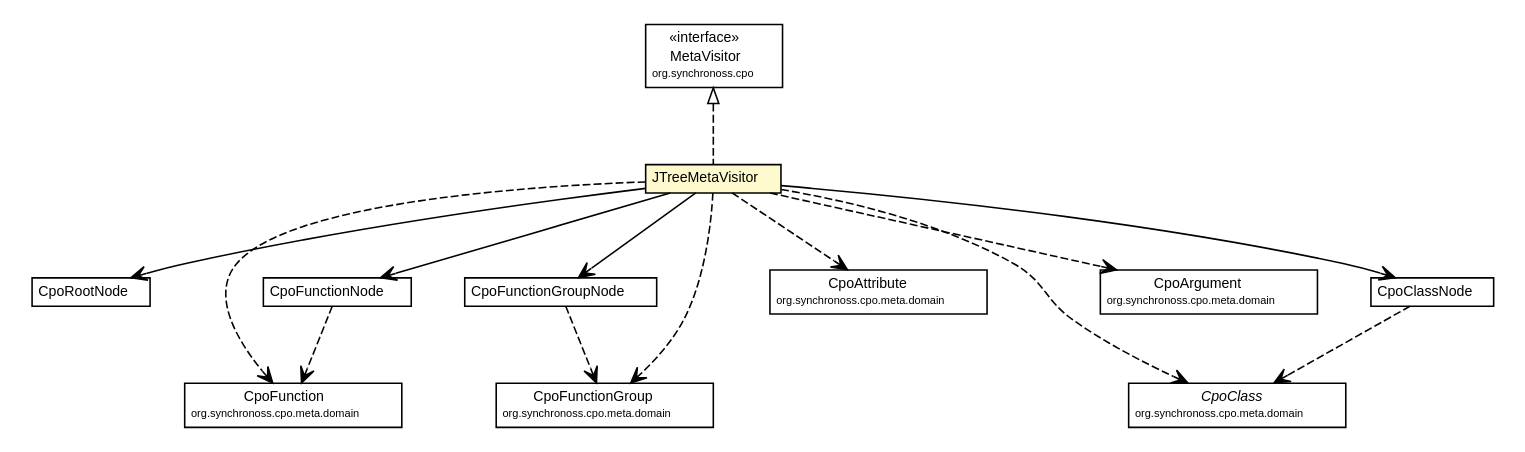
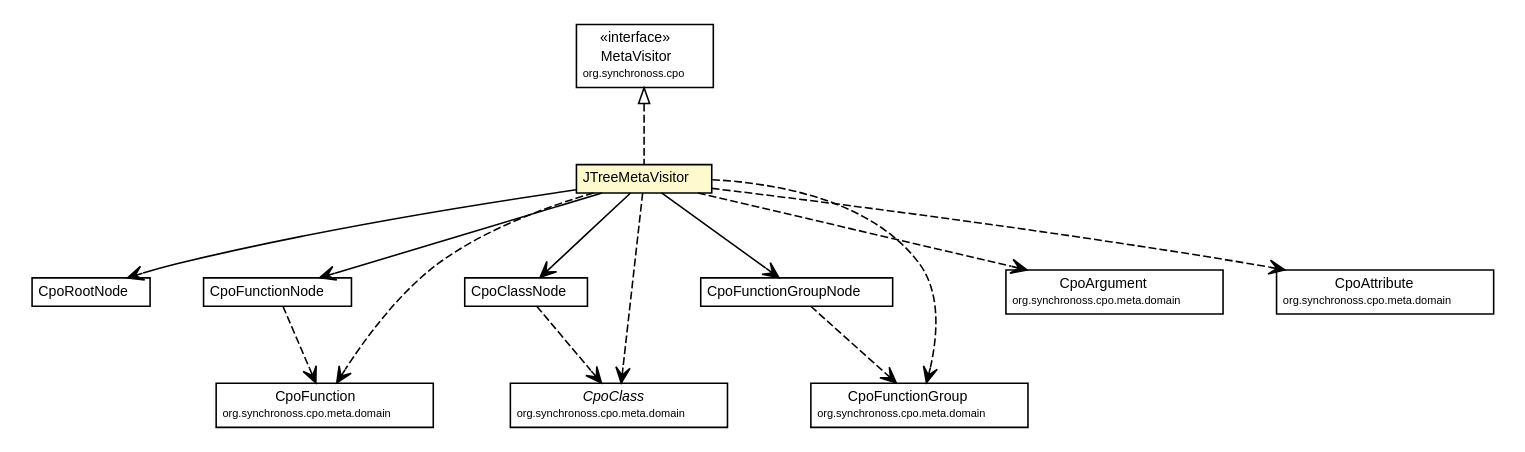
Before and after one commit to synchronoss/cpo-util: the diagram in site/apidocs/org/synchronoss/cpo/util/JTreeMetaVisitor.dot, drawn with Graphviz. The commit also changed 307 other files, not shown here.

Commit message:
Creating site for cpoUtil, 5.1.1-SNAPSHOT

```diff
--- a/site/apidocs/org/synchronoss/cpo/util/JTreeMetaVisitor.dot
+++ b/site/apidocs/org/synchronoss/cpo/util/JTreeMetaVisitor.dot
@@ -1,109 +1,109 @@
 #!/usr/local/bin/dot
 #
 # Class diagram 
 # Generated by UmlGraph version 4.6 (http://www.spinellis.gr/sw/umlgraph)
 #
 
 digraph G {
 	edge [fontname="Helvetica",fontsize=10,labelfontname="Helvetica",labelfontsize=10];
 	node [fontname="Helvetica",fontsize=10,shape=plaintext];
 	// org.synchronoss.cpo.util.JTreeMetaVisitor
 	c1707 [label=<<table border="0" cellborder="1" cellspacing="0" cellpadding="2" port="p" bgcolor="lemonChiffon" href="./JTreeMetaVisitor.html">
 		<tr><td><table border="0" cellspacing="0" cellpadding="1">
 			<tr><td> JTreeMetaVisitor </td></tr>
 		</table></td></tr>
 		</table>>, fontname="Helvetica", fontcolor="black", fontsize=9.0];
 	// org.synchronoss.cpo.util.CpoRootNode
 	c1715 [label=<<table border="0" cellborder="1" cellspacing="0" cellpadding="2" port="p" href="./CpoRootNode.html">
 		<tr><td><table border="0" cellspacing="0" cellpadding="1">
 			<tr><td> CpoRootNode </td></tr>
 		</table></td></tr>
 		</table>>, fontname="Helvetica", fontcolor="black", fontsize=9.0];
 	// org.synchronoss.cpo.util.CpoFunctionNode
 	c1721 [label=<<table border="0" cellborder="1" cellspacing="0" cellpadding="2" port="p" href="./CpoFunctionNode.html">
 		<tr><td><table border="0" cellspacing="0" cellpadding="1">
 			<tr><td> CpoFunctionNode </td></tr>
 		</table></td></tr>
 		</table>>, fontname="Helvetica", fontcolor="black", fontsize=9.0];
 	// org.synchronoss.cpo.util.CpoClassNode
 	c1723 [label=<<table border="0" cellborder="1" cellspacing="0" cellpadding="2" port="p" href="./CpoClassNode.html">
 		<tr><td><table border="0" cellspacing="0" cellpadding="1">
 			<tr><td> CpoClassNode </td></tr>
 		</table></td></tr>
 		</table>>, fontname="Helvetica", fontcolor="black", fontsize=9.0];
 	// org.synchronoss.cpo.util.CpoFunctionGroupNode
 	c1728 [label=<<table border="0" cellborder="1" cellspacing="0" cellpadding="2" port="p" href="./CpoFunctionGroupNode.html">
 		<tr><td><table border="0" cellspacing="0" cellpadding="1">
 			<tr><td> CpoFunctionGroupNode </td></tr>
 		</table></td></tr>
 		</table>>, fontname="Helvetica", fontcolor="black", fontsize=9.0];
 	//org.synchronoss.cpo.util.JTreeMetaVisitor implements org.synchronoss.cpo.MetaVisitor
 	c1764:p -> c1707:p [dir=back,arrowtail=empty,style=dashed];
 	// org.synchronoss.cpo.util.JTreeMetaVisitor NAVASSOC org.synchronoss.cpo.util.CpoRootNode
 	c1707:p -> c1715:p [taillabel="", label="", headlabel="", fontname="Helvetica", fontcolor="black", fontsize=10.0, color="black", arrowhead=open];
 	// org.synchronoss.cpo.util.JTreeMetaVisitor NAVASSOC org.synchronoss.cpo.util.CpoClassNode
 	c1707:p -> c1723:p [taillabel="", label="", headlabel="", fontname="Helvetica", fontcolor="black", fontsize=10.0, color="black", arrowhead=open];
 	// org.synchronoss.cpo.util.JTreeMetaVisitor NAVASSOC org.synchronoss.cpo.util.CpoFunctionGroupNode
 	c1707:p -> c1728:p [taillabel="", label="", headlabel="", fontname="Helvetica", fontcolor="black", fontsize=10.0, color="black", arrowhead=open];
 	// org.synchronoss.cpo.util.JTreeMetaVisitor NAVASSOC org.synchronoss.cpo.util.CpoFunctionNode
 	c1707:p -> c1721:p [taillabel="", label="", headlabel="", fontname="Helvetica", fontcolor="black", fontsize=10.0, color="black", arrowhead=open];
+	// org.synchronoss.cpo.util.JTreeMetaVisitor DEPEND org.synchronoss.cpo.meta.domain.CpoFunctionGroup
+	c1707:p -> c1766:p [taillabel="", label="", headlabel="", fontname="Helvetica", fontcolor="black", fontsize=10.0, color="black", arrowhead=open, style=dashed];
 	// org.synchronoss.cpo.util.JTreeMetaVisitor DEPEND org.synchronoss.cpo.meta.domain.CpoFunction
-	c1707:p -> c1765:p [taillabel="", label="", headlabel="", fontname="Helvetica", fontcolor="black", fontsize=10.0, color="black", arrowhead=open, style=dashed];
-	// org.synchronoss.cpo.util.JTreeMetaVisitor DEPEND org.synchronoss.cpo.meta.domain.CpoAttribute
-	c1707:p -> c1766:p [taillabel="", label="", headlabel="", fontname="Helvetica", fontcolor="black", fontsize=10.0, color="black", arrowhead=open, style=dashed];
-	// org.synchronoss.cpo.util.JTreeMetaVisitor DEPEND org.synchronoss.cpo.meta.domain.CpoFunctionGroup
+	c1707:p -> c1767:p [taillabel="", label="", headlabel="", fontname="Helvetica", fontcolor="black", fontsize=10.0, color="black", arrowhead=open, style=dashed];
+	// org.synchronoss.cpo.util.JTreeMetaVisitor DEPEND org.synchronoss.cpo.meta.domain.CpoClass
 	c1707:p -> c1768:p [taillabel="", label="", headlabel="", fontname="Helvetica", fontcolor="black", fontsize=10.0, color="black", arrowhead=open, style=dashed];
 	// org.synchronoss.cpo.util.JTreeMetaVisitor DEPEND org.synchronoss.cpo.meta.domain.CpoArgument
 	c1707:p -> c1769:p [taillabel="", label="", headlabel="", fontname="Helvetica", fontcolor="black", fontsize=10.0, color="black", arrowhead=open, style=dashed];
-	// org.synchronoss.cpo.util.JTreeMetaVisitor DEPEND org.synchronoss.cpo.meta.domain.CpoClass
+	// org.synchronoss.cpo.util.JTreeMetaVisitor DEPEND org.synchronoss.cpo.meta.domain.CpoAttribute
 	c1707:p -> c1770:p [taillabel="", label="", headlabel="", fontname="Helvetica", fontcolor="black", fontsize=10.0, color="black", arrowhead=open, style=dashed];
 	// org.synchronoss.cpo.util.CpoFunctionNode DEPEND org.synchronoss.cpo.meta.domain.CpoFunction
-	c1721:p -> c1765:p [taillabel="", label="", headlabel="", fontname="Helvetica", fontcolor="black", fontsize=10.0, color="black", arrowhead=open, style=dashed];
+	c1721:p -> c1767:p [taillabel="", label="", headlabel="", fontname="Helvetica", fontcolor="black", fontsize=10.0, color="black", arrowhead=open, style=dashed];
 	// org.synchronoss.cpo.util.CpoClassNode DEPEND org.synchronoss.cpo.meta.domain.CpoClass
-	c1723:p -> c1770:p [taillabel="", label="", headlabel="", fontname="Helvetica", fontcolor="black", fontsize=10.0, color="black", arrowhead=open, style=dashed];
+	c1723:p -> c1768:p [taillabel="", label="", headlabel="", fontname="Helvetica", fontcolor="black", fontsize=10.0, color="black", arrowhead=open, style=dashed];
 	// org.synchronoss.cpo.util.CpoFunctionGroupNode DEPEND org.synchronoss.cpo.meta.domain.CpoFunctionGroup
-	c1728:p -> c1768:p [taillabel="", label="", headlabel="", fontname="Helvetica", fontcolor="black", fontsize=10.0, color="black", arrowhead=open, style=dashed];
+	c1728:p -> c1766:p [taillabel="", label="", headlabel="", fontname="Helvetica", fontcolor="black", fontsize=10.0, color="black", arrowhead=open, style=dashed];
 	// org.synchronoss.cpo.meta.domain.CpoClass
-	c1770 [label=<<table border="0" cellborder="1" cellspacing="0" cellpadding="2" port="p" href="http://java.sun.com/j2se/1.4.2/docs/api/org/synchronoss/cpo/meta/domain/CpoClass.html">
+	c1768 [label=<<table border="0" cellborder="1" cellspacing="0" cellpadding="2" port="p" href="http://java.sun.com/j2se/1.4.2/docs/api/org/synchronoss/cpo/meta/domain/CpoClass.html">
 		<tr><td><table border="0" cellspacing="0" cellpadding="1">
 			<tr><td><font face="Helvetica-Oblique"> CpoClass </font></td></tr>
 			<tr><td><font point-size="7.0"> org.synchronoss.cpo.meta.domain </font></td></tr>
 		</table></td></tr>
 		</table>>, fontname="Helvetica", fontcolor="black", fontsize=9.0];
 	// org.synchronoss.cpo.meta.domain.CpoArgument
 	c1769 [label=<<table border="0" cellborder="1" cellspacing="0" cellpadding="2" port="p" href="http://java.sun.com/j2se/1.4.2/docs/api/org/synchronoss/cpo/meta/domain/CpoArgument.html">
 		<tr><td><table border="0" cellspacing="0" cellpadding="1">
 			<tr><td> CpoArgument </td></tr>
 			<tr><td><font point-size="7.0"> org.synchronoss.cpo.meta.domain </font></td></tr>
 		</table></td></tr>
 		</table>>, fontname="Helvetica", fontcolor="black", fontsize=9.0];
 	// org.synchronoss.cpo.meta.domain.CpoAttribute
-	c1766 [label=<<table border="0" cellborder="1" cellspacing="0" cellpadding="2" port="p" href="http://java.sun.com/j2se/1.4.2/docs/api/org/synchronoss/cpo/meta/domain/CpoAttribute.html">
+	c1770 [label=<<table border="0" cellborder="1" cellspacing="0" cellpadding="2" port="p" href="http://java.sun.com/j2se/1.4.2/docs/api/org/synchronoss/cpo/meta/domain/CpoAttribute.html">
 		<tr><td><table border="0" cellspacing="0" cellpadding="1">
 			<tr><td> CpoAttribute </td></tr>
 			<tr><td><font point-size="7.0"> org.synchronoss.cpo.meta.domain </font></td></tr>
 		</table></td></tr>
 		</table>>, fontname="Helvetica", fontcolor="black", fontsize=9.0];
 	// org.synchronoss.cpo.meta.domain.CpoFunction
-	c1765 [label=<<table border="0" cellborder="1" cellspacing="0" cellpadding="2" port="p" href="http://java.sun.com/j2se/1.4.2/docs/api/org/synchronoss/cpo/meta/domain/CpoFunction.html">
+	c1767 [label=<<table border="0" cellborder="1" cellspacing="0" cellpadding="2" port="p" href="http://java.sun.com/j2se/1.4.2/docs/api/org/synchronoss/cpo/meta/domain/CpoFunction.html">
 		<tr><td><table border="0" cellspacing="0" cellpadding="1">
 			<tr><td> CpoFunction </td></tr>
 			<tr><td><font point-size="7.0"> org.synchronoss.cpo.meta.domain </font></td></tr>
 		</table></td></tr>
 		</table>>, fontname="Helvetica", fontcolor="black", fontsize=9.0];
 	// org.synchronoss.cpo.meta.domain.CpoFunctionGroup
-	c1768 [label=<<table border="0" cellborder="1" cellspacing="0" cellpadding="2" port="p" href="http://java.sun.com/j2se/1.4.2/docs/api/org/synchronoss/cpo/meta/domain/CpoFunctionGroup.html">
+	c1766 [label=<<table border="0" cellborder="1" cellspacing="0" cellpadding="2" port="p" href="http://java.sun.com/j2se/1.4.2/docs/api/org/synchronoss/cpo/meta/domain/CpoFunctionGroup.html">
 		<tr><td><table border="0" cellspacing="0" cellpadding="1">
 			<tr><td> CpoFunctionGroup </td></tr>
 			<tr><td><font point-size="7.0"> org.synchronoss.cpo.meta.domain </font></td></tr>
 		</table></td></tr>
 		</table>>, fontname="Helvetica", fontcolor="black", fontsize=9.0];
 	// org.synchronoss.cpo.MetaVisitor
 	c1764 [label=<<table border="0" cellborder="1" cellspacing="0" cellpadding="2" port="p" href="http://java.sun.com/j2se/1.4.2/docs/api/org/synchronoss/cpo/MetaVisitor.html">
 		<tr><td><table border="0" cellspacing="0" cellpadding="1">
 			<tr><td> &laquo;interface&raquo; </td></tr>
 			<tr><td> MetaVisitor </td></tr>
 			<tr><td><font point-size="7.0"> org.synchronoss.cpo </font></td></tr>
 		</table></td></tr>
 		</table>>, fontname="Helvetica", fontcolor="black", fontsize=9.0];
 }
```
